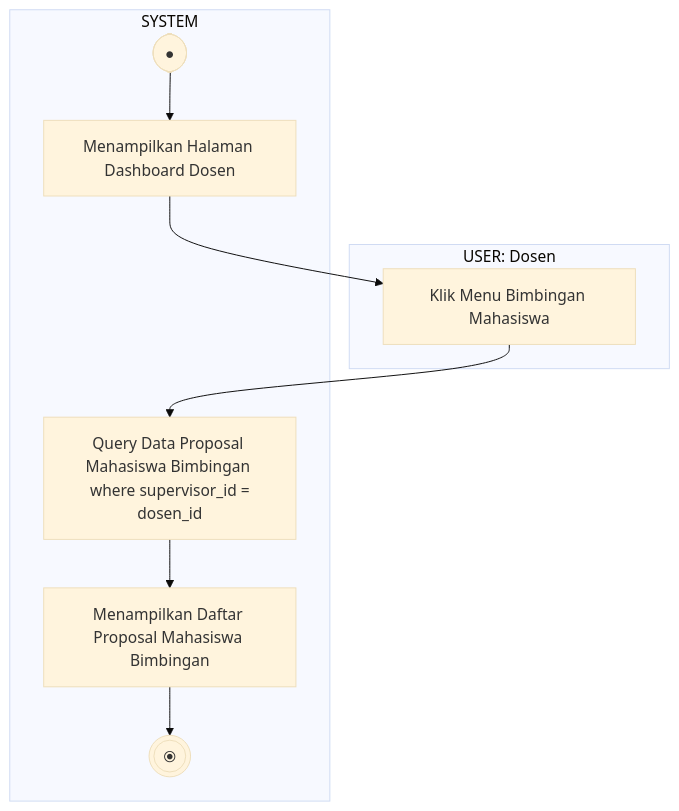
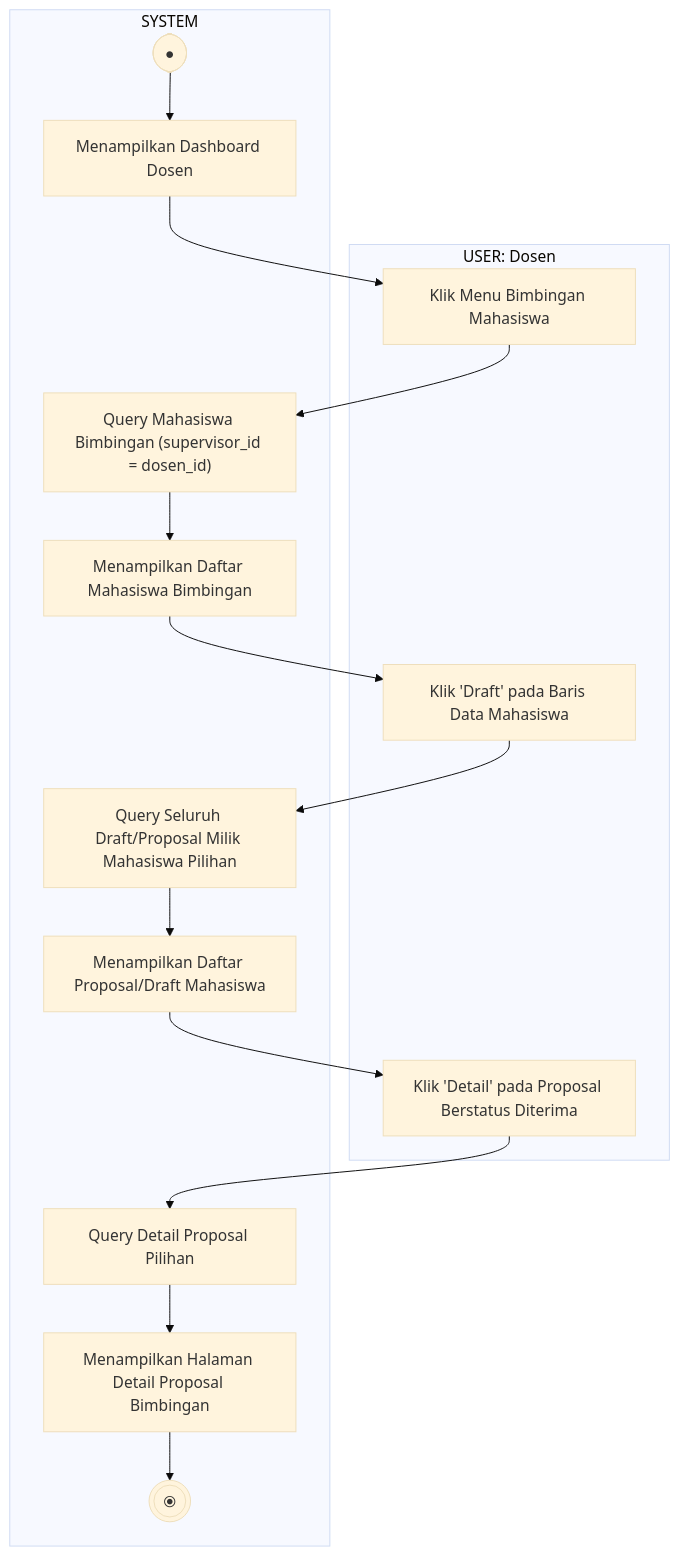
The diagram in docs/uml/Activity Diagram/Dosen/activity_diagram_lihat_proposal_mahasiswa_bimbingan.md (Duandi04/ta_submission), drawn with Mermaid (base theme) before and after one commit. The commit also changed 28 other files, not shown here.

Commit message:
refactor: implement program study settings and update UML documentation for Kaprodi configuration

````diff
--- a/docs/uml/Activity Diagram/Dosen/activity_diagram_lihat_proposal_mahasiswa_bimbingan.md
+++ b/docs/uml/Activity Diagram/Dosen/activity_diagram_lihat_proposal_mahasiswa_bimbingan.md
@@ -5,14 +5,28 @@
 ```mermaid
 flowchart TD
     subgraph USER [USER: Dosen]
-        E2[Klik Menu Bimbingan Mahasiswa]
+        E2["Klik Menu Bimbingan Mahasiswa"]
+        E5["Klik 'Draft' pada Baris Data Mahasiswa"]
+        E8["Klik 'Detail' pada Proposal Berstatus Diterima"]
     end
 
     subgraph SYSTEM [SYSTEM]
-        Start([●]) --> E1[Menampilkan Halaman Dashboard Dosen]
-        E1 --> E2
-        E2 --> E3[Query Data Proposal Mahasiswa Bimbingan <br/> where supervisor_id = dosen_id]
-        E3 --> E4[Menampilkan Daftar Proposal Mahasiswa Bimbingan]
-        E4 --> End(((⦿)))
+        Start([●]) --> E1["Menampilkan Dashboard Dosen"]
+        E3["Query Mahasiswa Bimbingan (supervisor_id = dosen_id)"]
+        E4["Menampilkan Daftar Mahasiswa Bimbingan"]
+        E6["Query Seluruh Draft/Proposal Milik Mahasiswa Pilihan"]
+        E7["Menampilkan Daftar Proposal/Draft Mahasiswa"]
+        E9["Query Detail Proposal Pilihan"]
+        E10["Menampilkan Halaman Detail Proposal Bimbingan"] --> End(((⦿)))
     end
+
+    E1 --> E2
+    E2 --> E3
+    E3 --> E4
+    E4 --> E5
+    E5 --> E6
+    E6 --> E7
+    E7 --> E8
+    E8 --> E9
+    E9 --> E10
 ```
````
